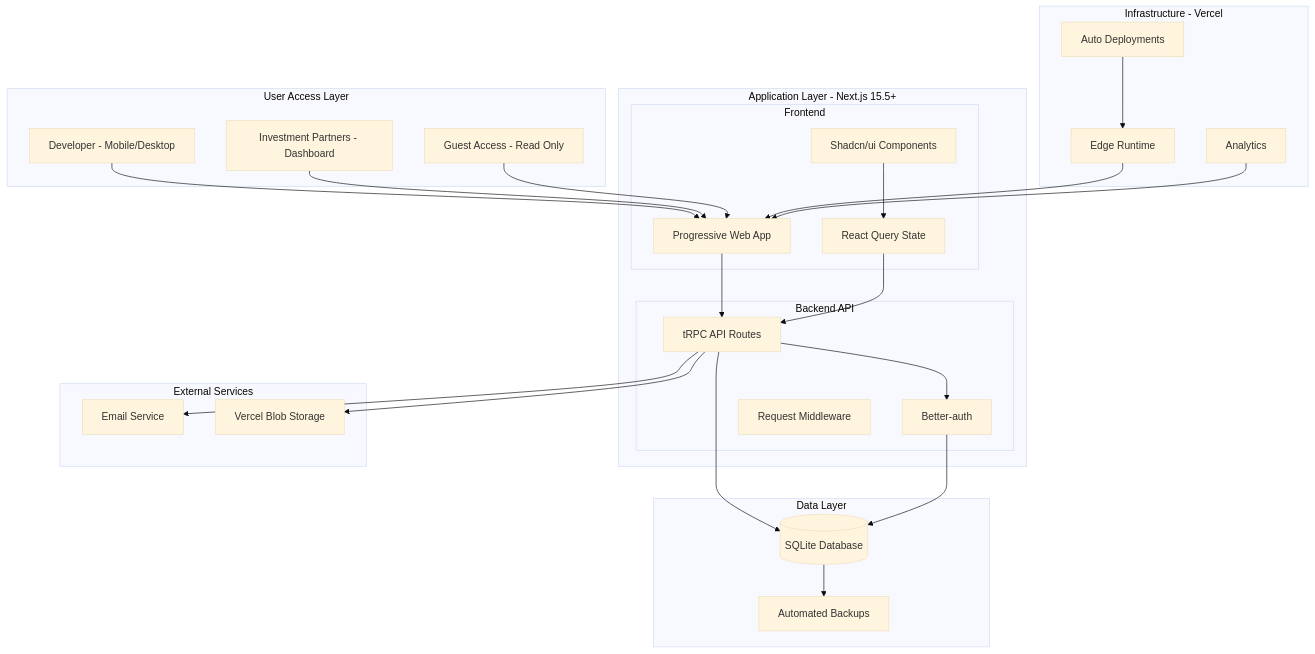
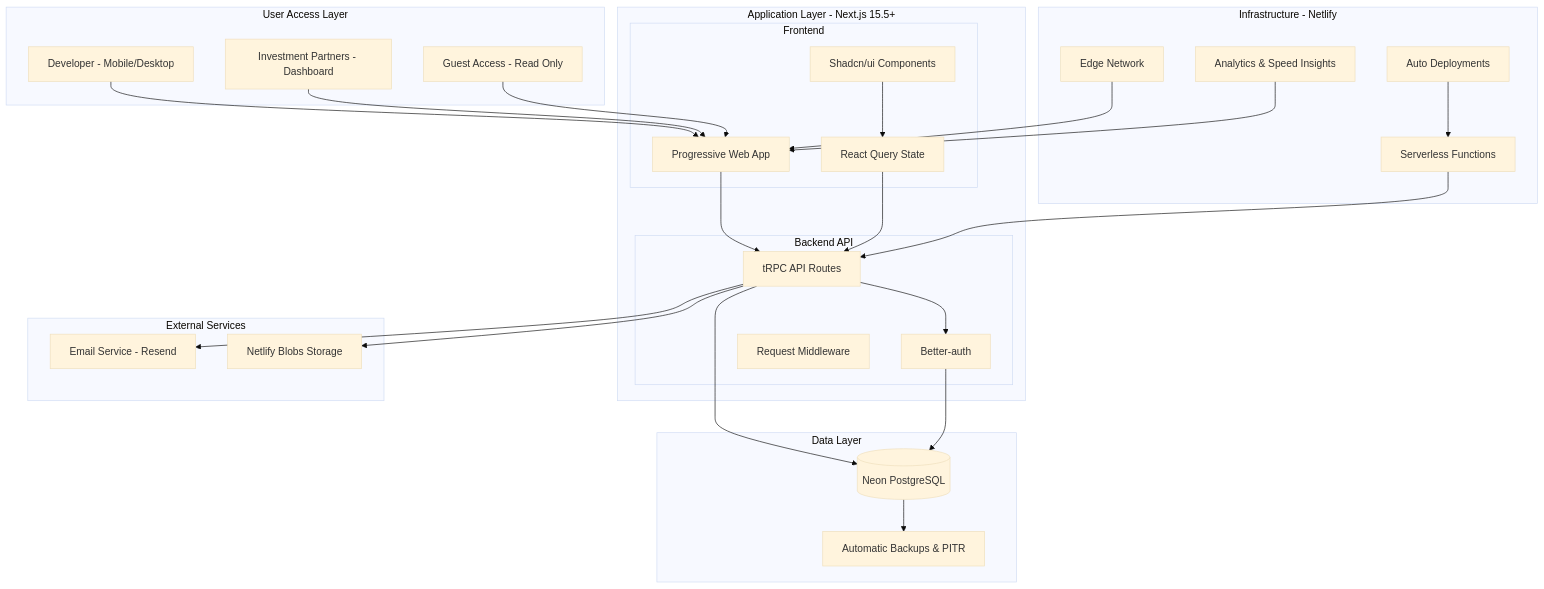
One commit to ielali/real-estate-development-tracker changed the diagram in docs/architecture/high-level-architecture.md. Above: the diagram before and after it, drawn with Mermaid (base theme). The commit also changed other lines of this file and 37 other files, not shown here.

First line of the commit message:
feat: implement timeline and event management system (Story 3.3)

````diff
--- a/docs/architecture/high-level-architecture.md
+++ b/docs/architecture/high-level-architecture.md
@@ -59,59 +78,61 @@
 ```mermaid
 graph TB
     subgraph "User Access Layer"
         DEV[Developer - Mobile/Desktop]
         PARTNER[Investment Partners - Dashboard]
         GUEST[Guest Access - Read Only]
     end
 
     subgraph "Application Layer - Next.js 15.5+"
         subgraph "Frontend"
             PWA[Progressive Web App]
             COMP[Shadcn/ui Components]
             STATE[React Query State]
         end
 
         subgraph "Backend API"
             TRPC[tRPC API Routes]
             AUTH[Better-auth]
             MIDDLEWARE[Request Middleware]
         end
     end
 
     subgraph "Data Layer"
-        SQLITE[(SQLite Database)]
-        BACKUP[Automated Backups]
+        NEON[(Neon PostgreSQL)]
+        BACKUP[Automatic Backups & PITR]
     end
 
     subgraph "External Services"
-        EMAIL[Email Service]
-        VERCEL_BLOB[Vercel Blob Storage]
+        EMAIL[Email Service - Resend]
+        NETLIFY_BLOB[Netlify Blobs Storage]
     end
 
-    subgraph "Infrastructure - Vercel"
-        EDGE[Edge Runtime]
+    subgraph "Infrastructure - Netlify"
+        EDGE[Edge Network]
         DEPLOY[Auto Deployments]
-        MONITOR[Analytics]
+        MONITOR[Analytics & Speed Insights]
+        FUNCTIONS[Serverless Functions]
     end
 
     DEV --> PWA
     PARTNER --> PWA
     GUEST --> PWA
 
     PWA --> TRPC
     COMP --> STATE
     STATE --> TRPC
 
     TRPC --> AUTH
-    TRPC --> SQLITE
-    TRPC --> VERCEL_BLOB
-    AUTH --> SQLITE
+    TRPC --> NEON
+    TRPC --> NETLIFY_BLOB
+    AUTH --> NEON
 
-    SQLITE --> BACKUP
+    NEON --> BACKUP
 
     TRPC --> EMAIL
 
     EDGE --> PWA
-    DEPLOY --> EDGE
+    DEPLOY --> FUNCTIONS
+    FUNCTIONS --> TRPC
     MONITOR --> PWA
 ```
````
